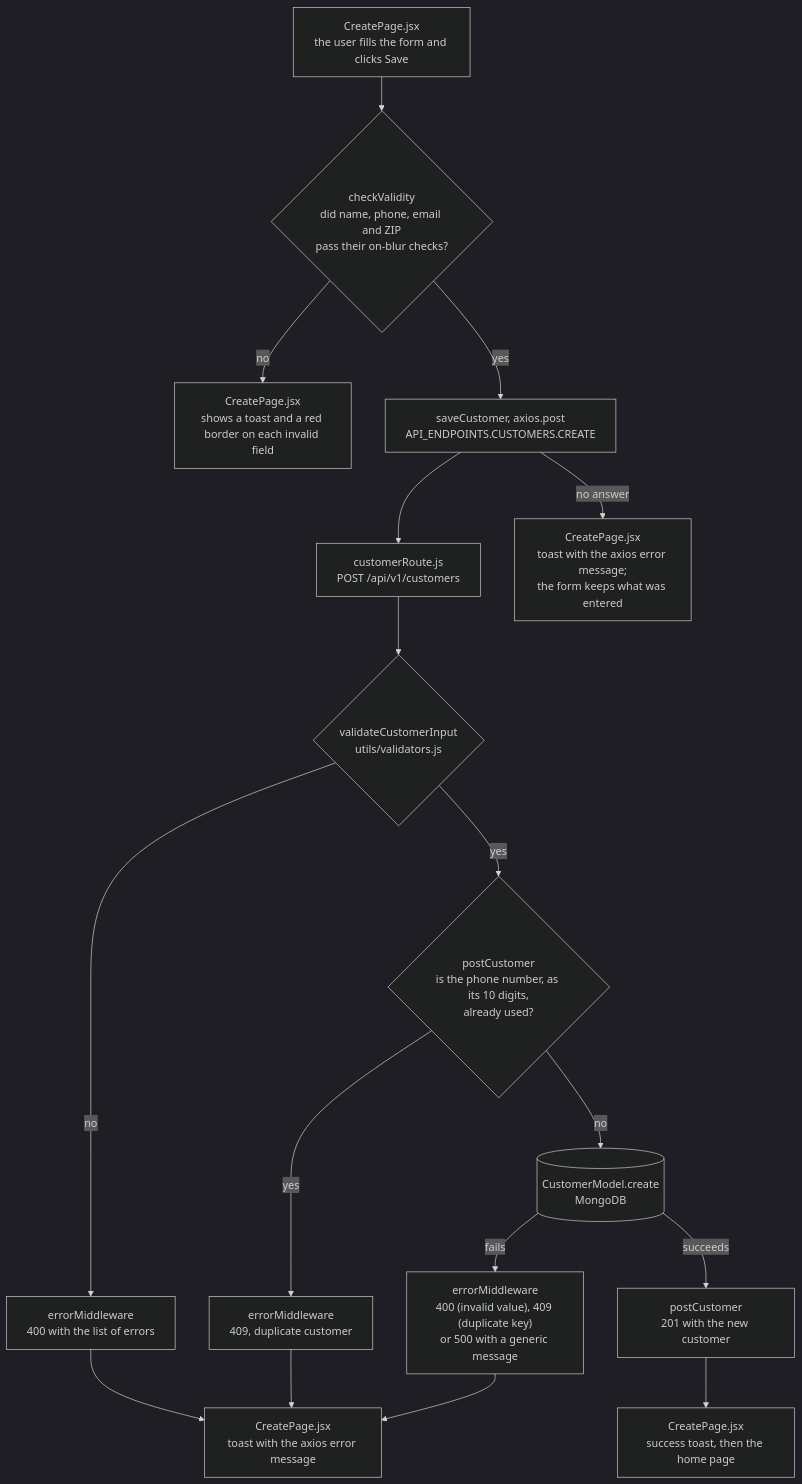
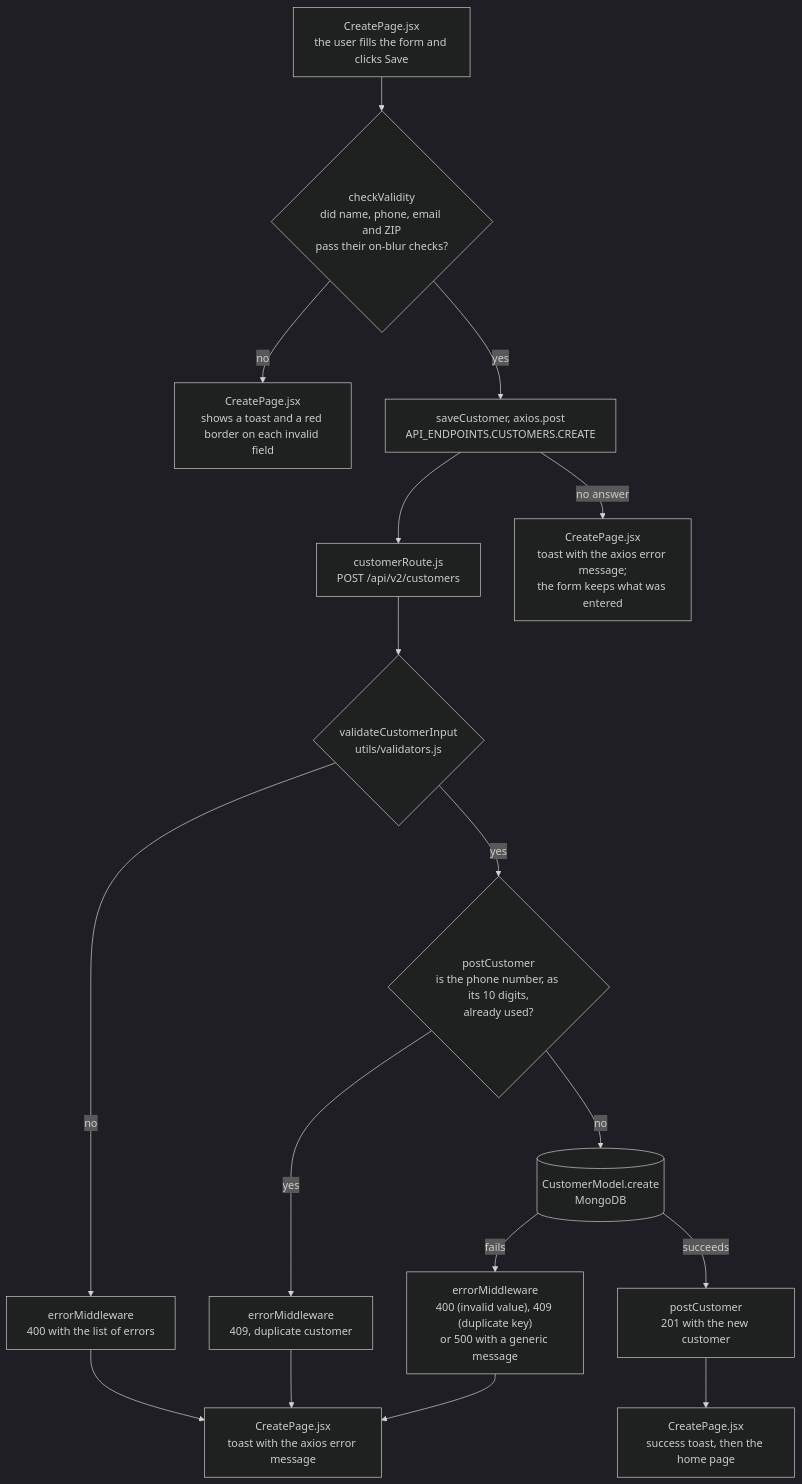
The first of 2 diagrams in Harness_Config/Context/DataFlow.md (MatheusCastro99/InvoiceMe), drawn with Mermaid (dark theme) before and after one commit. The commit also changed other lines of this file and 21 other files, not shown here.

````diff
--- a/Harness_Config/Context/DataFlow.md
+++ b/Harness_Config/Context/DataFlow.md
@@ -9,19 +9,19 @@
 ```mermaid
 flowchart TD
     A["CreatePage.jsx<br/>the user fills the form and clicks Save"] --> B{"checkValidity<br/>did name, phone, email and ZIP<br/>pass their on-blur checks?"}
     B -- "no" --> B1["CreatePage.jsx<br/>shows a toast and a red border on each invalid field"]
     B -- "yes" --> C["saveCustomer, axios.post<br/>API_ENDPOINTS.CUSTOMERS.CREATE"]
-    C --> D["customerRoute.js<br/>POST /api/v1/customers"]
+    C --> D["customerRoute.js<br/>POST /api/v2/customers"]
     C -- "no answer" --> C1["CreatePage.jsx<br/>toast with the axios error message;<br/>the form keeps what was entered"]
     D --> E{"validateCustomerInput<br/>utils/validators.js"}
     E -- "no" --> E1["errorMiddleware<br/>400 with the list of errors"]
     E -- "yes" --> F{"postCustomer<br/>is the phone number, as its 10 digits,<br/>already used?"}
     F -- "yes" --> F1["errorMiddleware<br/>409, duplicate customer"]
     F -- "no" --> G[("CustomerModel.create<br/>MongoDB")]
     G -- "fails" --> G1["errorMiddleware<br/>400 (invalid value), 409 (duplicate key)<br/>or 500 with a generic message"]
     G -- "succeeds" --> H["postCustomer<br/>201 with the new customer"]
     E1 --> I["CreatePage.jsx<br/>toast with the axios error message"]
     F1 --> I
     G1 --> I
     H --> K["CreatePage.jsx<br/>success toast, then the home page"]
 ```
````
